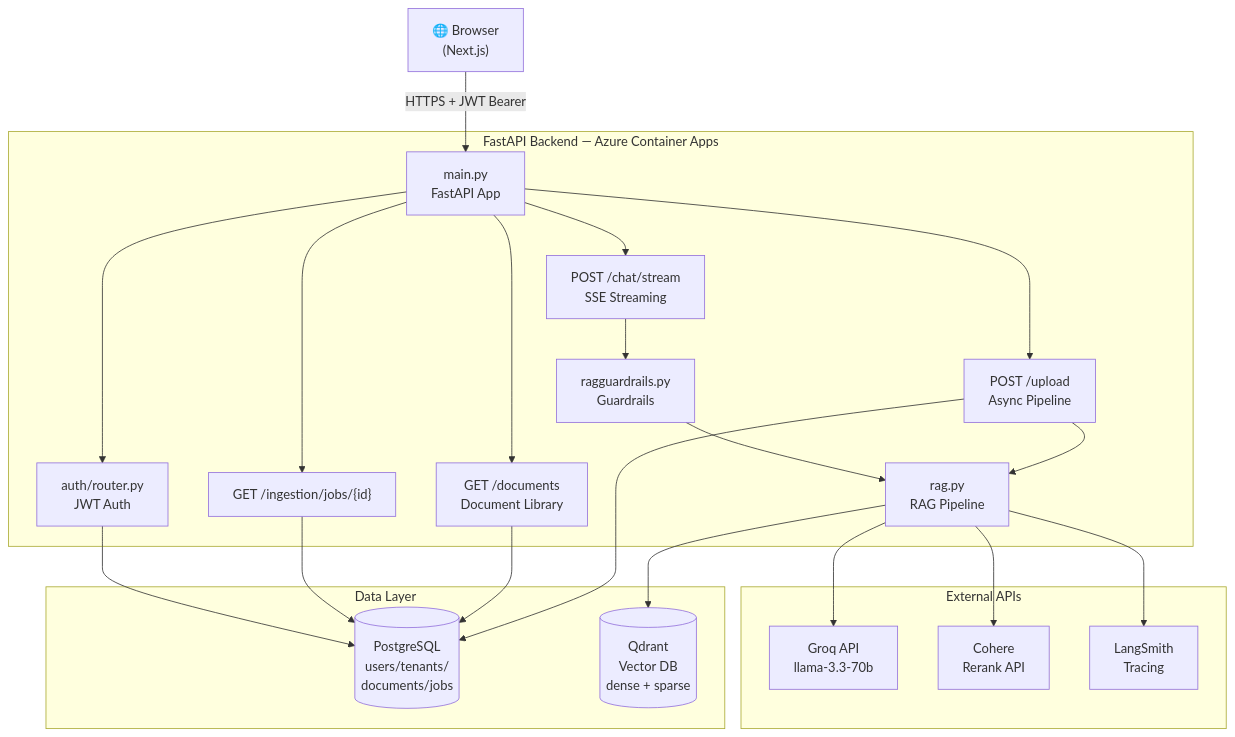
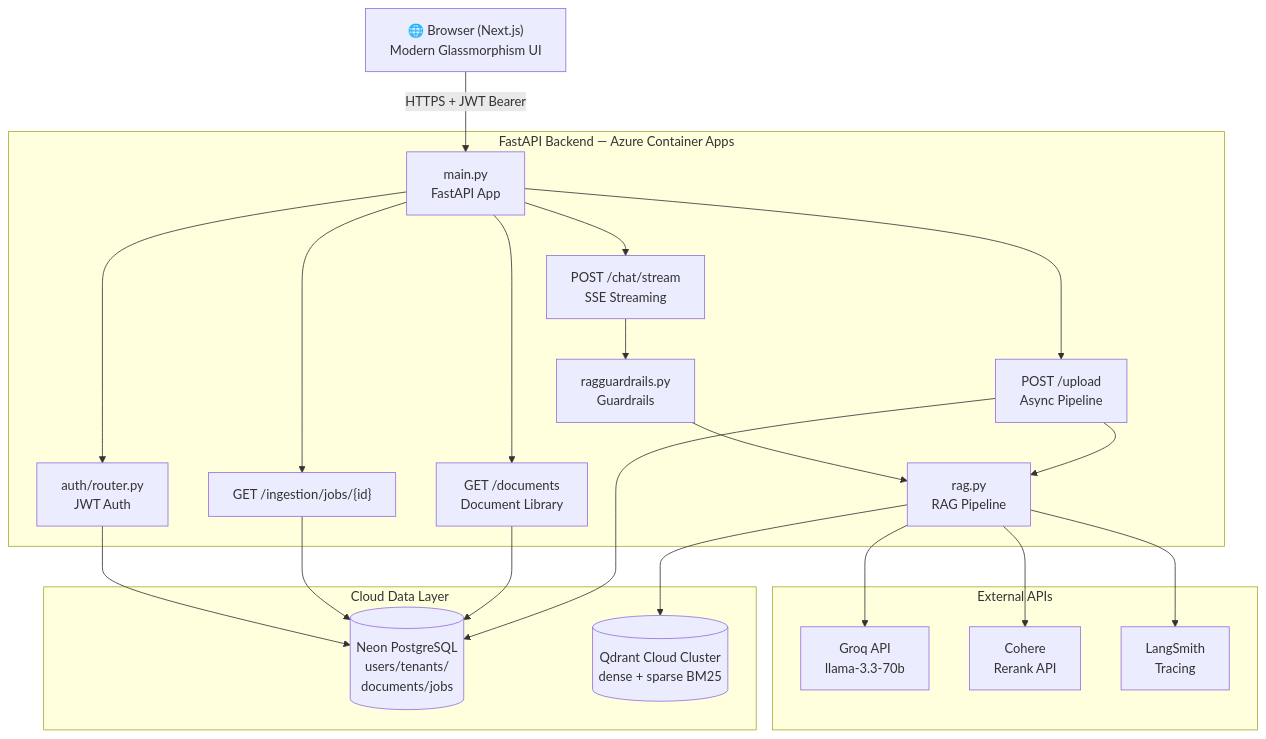
Before and after one commit to noviciusss/DoCopilot: the first of 3 diagrams in README.md, drawn with Mermaid. The commit also changed other lines of this file, not shown here.

Commit message:
Update README.md with Token & CI/CD Cost Optimization Guide and Qdrant Cloud Architecture

````diff
--- a/README.md
+++ b/README.md
@@ -9,43 +9,43 @@
 ```mermaid
 flowchart TD
-    Browser["🌐 Browser\n(Next.js)"] -->|"HTTPS + JWT Bearer"| API
+    Browser["🌐 Browser (Next.js)\nModern Glassmorphism UI"] -->|"HTTPS + JWT Bearer"| API
 
     subgraph Backend ["FastAPI Backend — Azure Container Apps"]
         API["main.py\nFastAPI App"]
         Auth["auth/router.py\nJWT Auth"]
         Upload["POST /upload\nAsync Pipeline"]
         JobPoll["GET /ingestion/jobs/{id}"]
         DocLib["GET /documents\nDocument Library"]
         Chat["POST /chat/stream\nSSE Streaming"]
         RAG["rag.py\nRAG Pipeline"]
         Guards["ragguardrails.py\nGuardrails"]
     end
 
-    subgraph Data ["Data Layer"]
-        PG[("PostgreSQL\nusers/tenants/\ndocuments/jobs")]
-        Qdrant[("Qdrant\nVector DB\ndense + sparse")]
+    subgraph Data ["Cloud Data Layer"]
+        PG[("Neon PostgreSQL\nusers/tenants/\ndocuments/jobs")]
+        Qdrant[("Qdrant Cloud Cluster\ndense + sparse BM25")]
     end
 
     subgraph External ["External APIs"]
         Groq["Groq API\nllama-3.3-70b"]
         Cohere["Cohere\nRerank API"]
         LangSmith["LangSmith\nTracing"]
     end
 
     API --> Auth
     API --> Upload
     API --> JobPoll
     API --> DocLib
     API --> Chat
     Upload --> PG
     Upload --> RAG
     DocLib --> PG
     JobPoll --> PG
     Chat --> Guards
     Guards --> RAG
     RAG --> Qdrant
     RAG --> Cohere
     RAG --> Groq
     RAG --> LangSmith
     Auth --> PG
 ```
````
